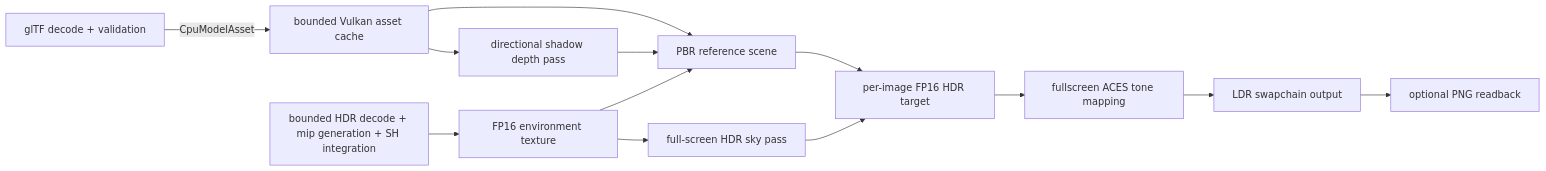
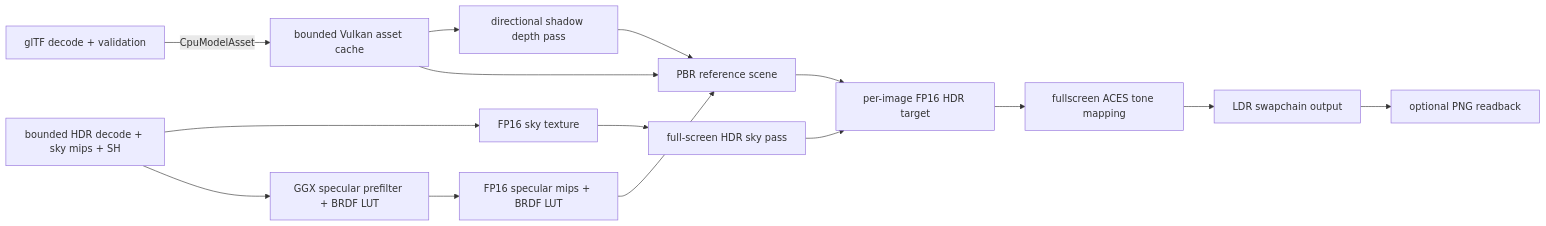
The diagram in docs/rendering/vulkan-pipeline.md (LarpingAgent/Project3.6k), drawn with Mermaid before and after one commit. The commit also changed other lines of this file and 6 other files, not shown here.

Commit message:
feat(rendering): add GGX specular environment IBL

````diff
--- a/docs/rendering/vulkan-pipeline.md
+++ b/docs/rendering/vulkan-pipeline.md
@@ -26,15 +26,17 @@
 ```mermaid
 flowchart LR
   CPU[glTF decode + validation] -->|CpuModelAsset| GPU[bounded Vulkan asset cache]
-  HDRI[bounded HDR decode + mip generation + SH integration] --> EnvGPU[FP16 environment texture]
-  EnvGPU --> Sky[full-screen HDR sky pass]
+  HDRI[bounded HDR decode + sky mips + SH] --> SkyGPU[FP16 sky texture]
+  HDRI --> Prefilter[GGX specular prefilter + BRDF LUT]
+  Prefilter --> IBLGPU[FP16 specular mips + BRDF LUT]
+  SkyGPU --> Sky[full-screen HDR sky pass]
   Sky --> HDR[per-image FP16 HDR target]
   GPU --> Shadow[directional shadow depth pass]
   Shadow --> Scene[PBR reference scene]
   Scene --> HDR
-  EnvGPU --> Scene
+  IBLGPU --> Scene
   GPU --> Scene
   HDR --> ToneMap[fullscreen ACES tone mapping]
   ToneMap --> LDR[LDR swapchain output]
   LDR --> Capture[optional PNG readback]
 ```
````
